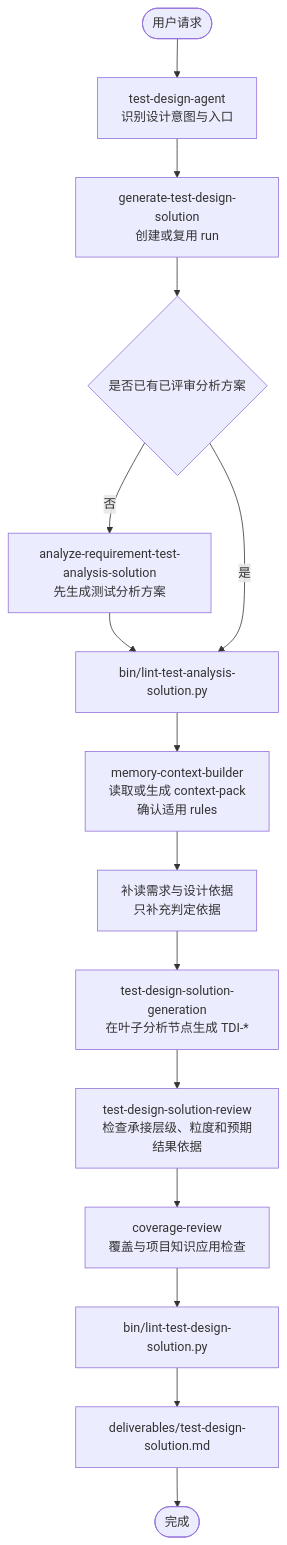
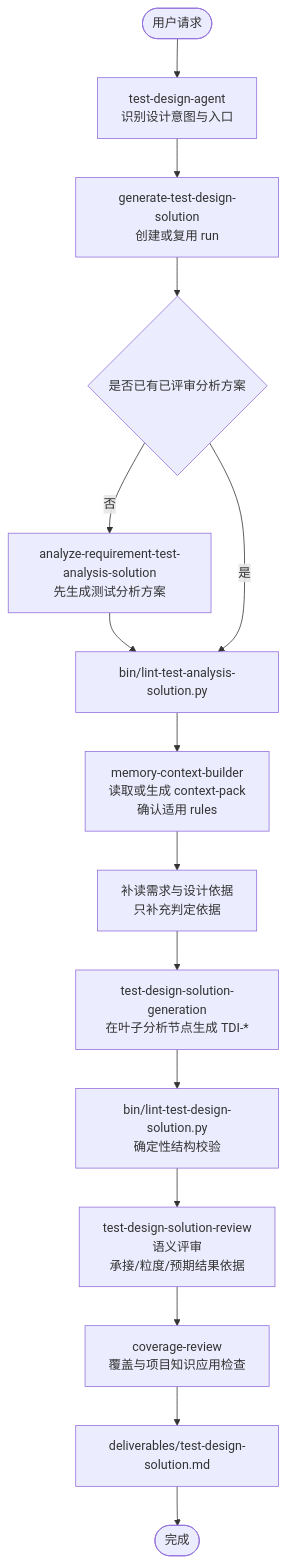
Before and after one commit to szluoqy-byte/Test-Analysis-Agent-MM: the diagram in docs/test-design-agent-design.md, drawn with Mermaid. The commit also changed other lines of this file and 35 other files, not shown here.

Commit message:
refine validation review flow

````diff
--- a/docs/test-design-agent-design.md
+++ b/docs/test-design-agent-design.md
@@ -83,18 +83,18 @@
 ```mermaid
 flowchart TD
   start([用户请求])
   start --> agent[test-design-agent<br/>识别设计意图与入口]
   agent --> main[generate-test-design-solution<br/>创建或复用 run]
   main --> hasAnalysis{是否已有已评审分析方案}
   hasAnalysis -- 否 --> analysis[analyze-requirement-test-analysis-solution<br/>先生成测试分析方案]
   analysis --> analysisCheck[bin/lint-test-analysis-solution.py]
   hasAnalysis -- 是 --> analysisCheck
   analysisCheck --> ctx[memory-context-builder<br/>读取或生成 context-pack<br/>确认适用 rules]
   ctx --> basis[补读需求与设计依据<br/>只补充判定依据]
   basis --> generation[test-design-solution-generation<br/>在叶子分析节点生成 TDI-*]
-  generation --> review[test-design-solution-review<br/>检查承接层级、粒度和预期结果依据]
+  generation --> lint[bin/lint-test-design-solution.py<br/>确定性结构校验]
+  lint --> review[test-design-solution-review<br/>语义评审<br/>承接/粒度/预期结果依据]
   review --> coverage[coverage-review<br/>覆盖与项目知识应用检查]
-  coverage --> lint[bin/lint-test-design-solution.py]
-  lint --> output[deliverables/test-design-solution.md]
+  coverage --> output[deliverables/test-design-solution.md]
   output --> finish([完成])
 ```
````
